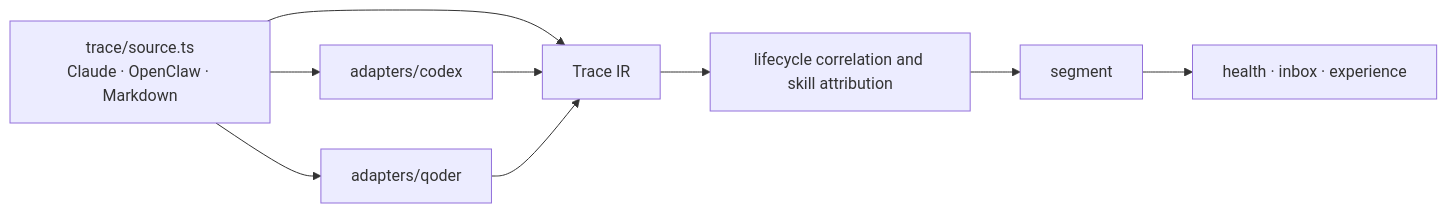
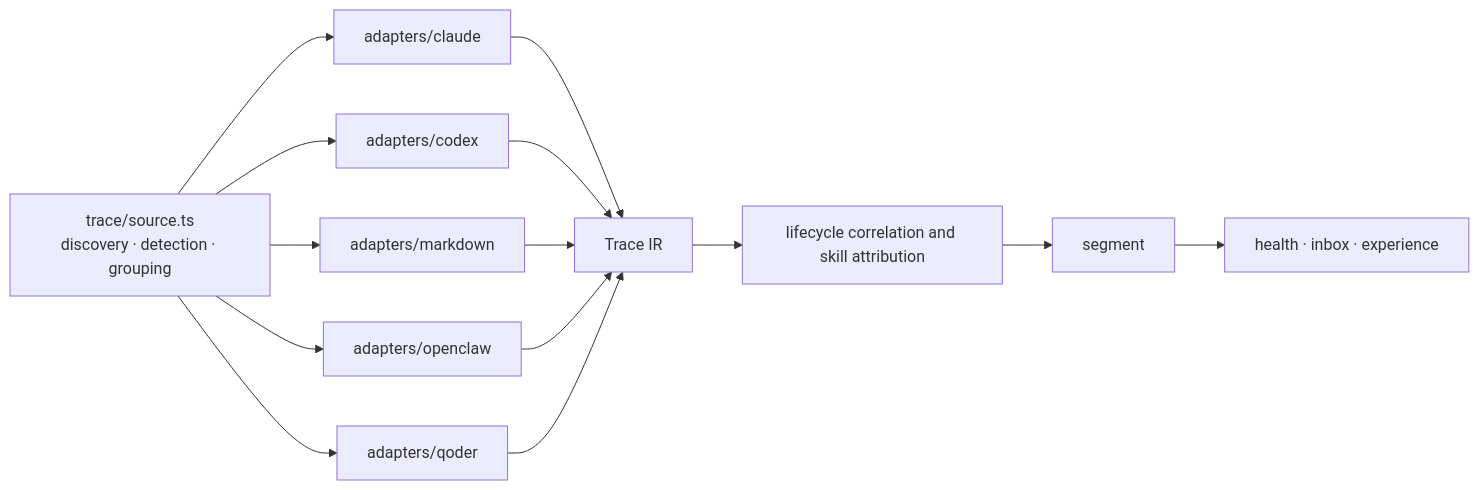
Before and after one commit to lizhiyao/oh-my-knowledge: the second of 2 diagrams in docs/explanation/architecture.md, drawn with Mermaid. The commit also changed other lines of this file and 18 other files, not shown here.

````diff
--- a/docs/explanation/architecture.md
+++ b/docs/explanation/architecture.md
@@ -306,9 +310,11 @@
 ```mermaid
 flowchart LR
-    S0["trace/source.ts<br/>Claude · OpenClaw · Markdown"] --> IR["Trace IR"]
+    S0["trace/source.ts<br/>discovery · detection · grouping"] --> C["adapters/claude"] --> IR["Trace IR"]
     S0 --> X["adapters/codex"] --> IR
+    S0 --> M["adapters/markdown"] --> IR
+    S0 --> O["adapters/openclaw"] --> IR
     S0 --> Q["adapters/qoder"] --> IR
     IR --> A["lifecycle correlation and skill attribution"]
     A --> S["segment"]
     S --> R["health · inbox · experience"]
 ```
````
